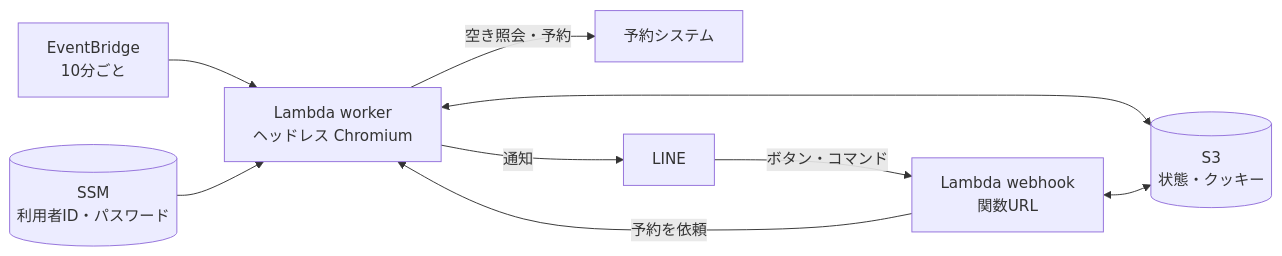
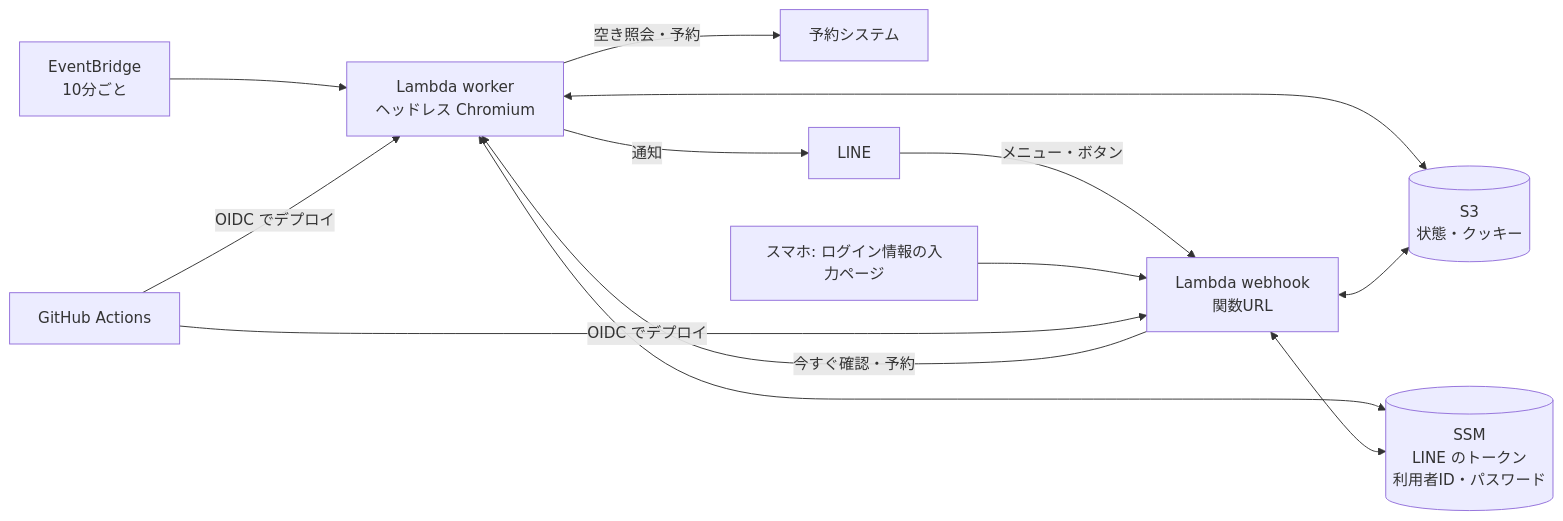
One commit to MiyazakiSora1234/fukuoka-gym-reservation changed the diagram in README.md. Above: the diagram before and after it, drawn with Mermaid. The commit also changed other lines of this file and 25 other files, not shown here.

````diff
--- a/README.md
+++ b/README.md
@@ -11,10 +28,12 @@
 ```mermaid
 flowchart LR
   EB[EventBridge<br/>10分ごと] --> W[Lambda worker<br/>ヘッドレス Chromium]
   W -- 空き照会・予約 --> Site[予約システム]
   W -- 通知 --> LINE[LINE]
-  LINE -- ボタン・コマンド --> H[Lambda webhook<br/>関数URL]
-  H -- 予約を依頼 --> W
+  LINE -- メニュー・ボタン --> H[Lambda webhook<br/>関数URL]
+  H -- 今すぐ確認・予約 --> W
+  Phone[スマホ: ログイン情報の入力ページ] --> H
   W & H <--> S3[(S3<br/>状態・クッキー)]
-  SSM[(SSM<br/>利用者ID・パスワード)] --> W
+  W & H <--> SSM[(SSM<br/>LINE のトークン<br/>利用者ID・パスワード)]
+  GH[GitHub Actions] -- OIDC でデプロイ --> W & H
 ```
````
